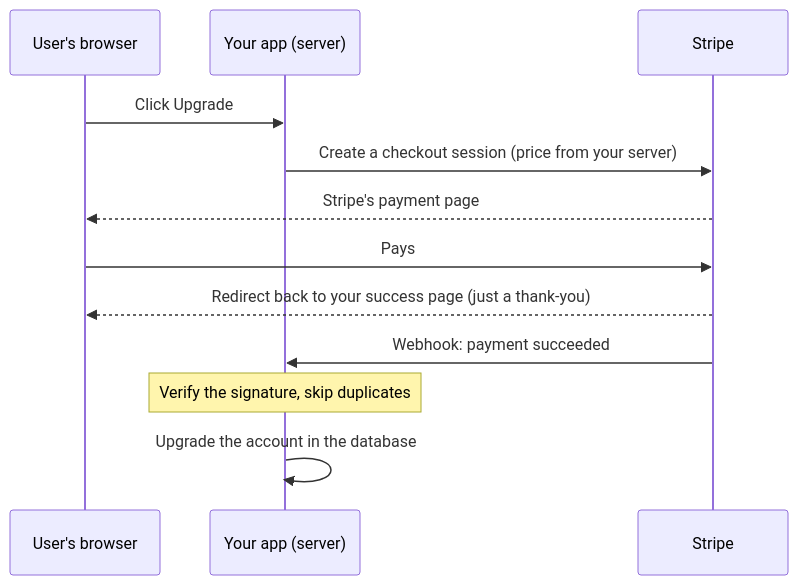
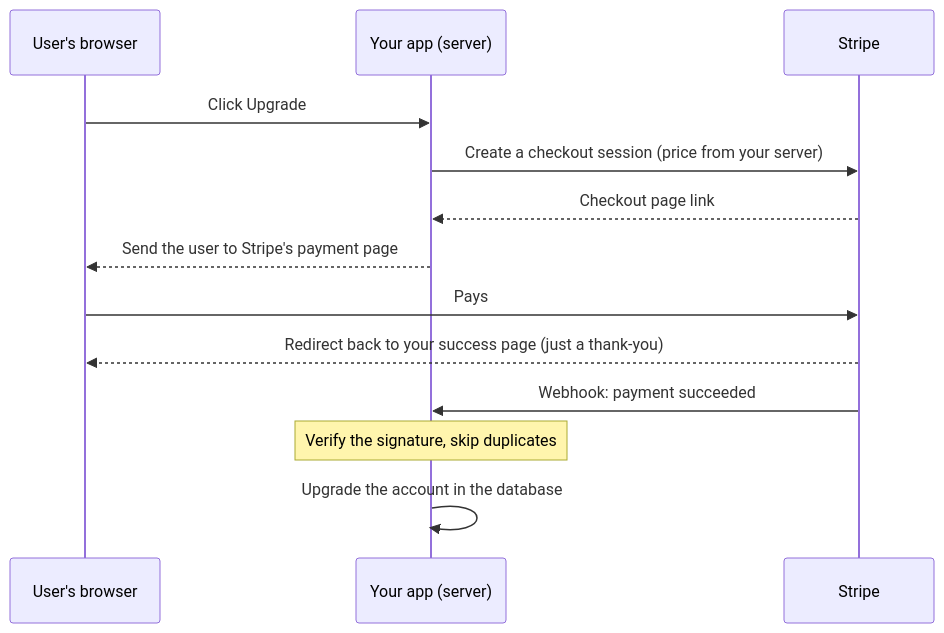
Before and after one commit to StepenkoAnatoli/Smart-VibeCodeAS: the diagram in guide/04-the-reel-explained.md, drawn with Mermaid. The commit also changed 5 other files, not shown here.

````diff
--- a/guide/04-the-reel-explained.md
+++ b/guide/04-the-reel-explained.md
@@ -1024,14 +1024,15 @@
 ```mermaid
 sequenceDiagram
   participant U as User's browser
   participant A as Your app (server)
   participant S as Stripe
   U->>A: Click Upgrade
   A->>S: Create a checkout session (price from your server)
-  S-->>U: Stripe's payment page
+  S-->>A: Checkout page link
+  A-->>U: Send the user to Stripe's payment page
   U->>S: Pays
   S-->>U: Redirect back to your success page (just a thank-you)
   S->>A: Webhook: payment succeeded
   Note over A: Verify the signature, skip duplicates
   A->>A: Upgrade the account in the database
 ```
````
